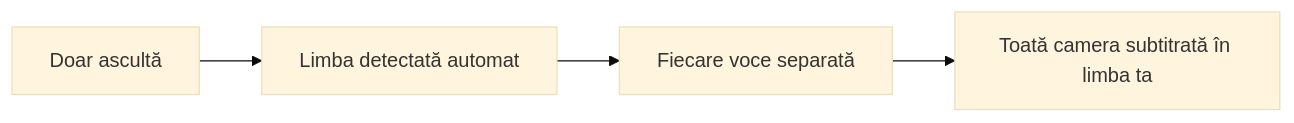
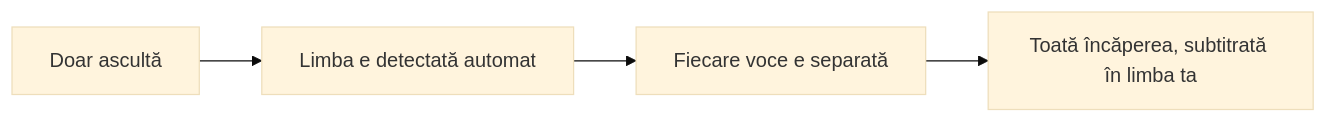
Before and after one commit to rpalm01-star/VigilantEarLegal: the first of 4 diagrams in README_ro.md, drawn with Mermaid (base theme). The commit also changed other lines of this file and 29 other files, not shown here.

````diff
--- a/README_ro.md
+++ b/README_ro.md
@@ -65,4 +65,4 @@
 ```mermaid
 graph LR
-    A["Doar ascultă"] --> B["Limba detectată automat"] --> C["Fiecare voce separată"] --> D["Toată camera subtitrată în limba ta"]
+    A["Doar ascultă"] --> B["Limba e detectată automat"] --> C["Fiecare voce e separată"] --> D["Toată încăperea, subtitrată în limba ta"]
 ```
````
